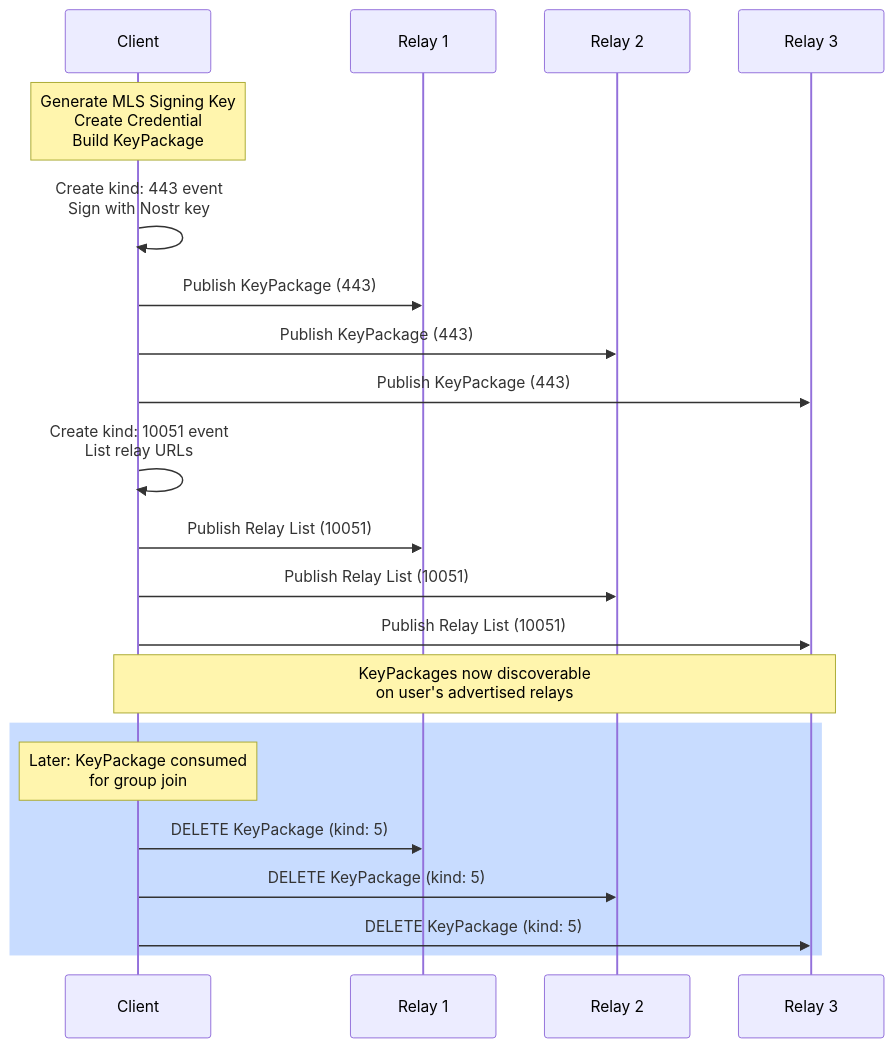
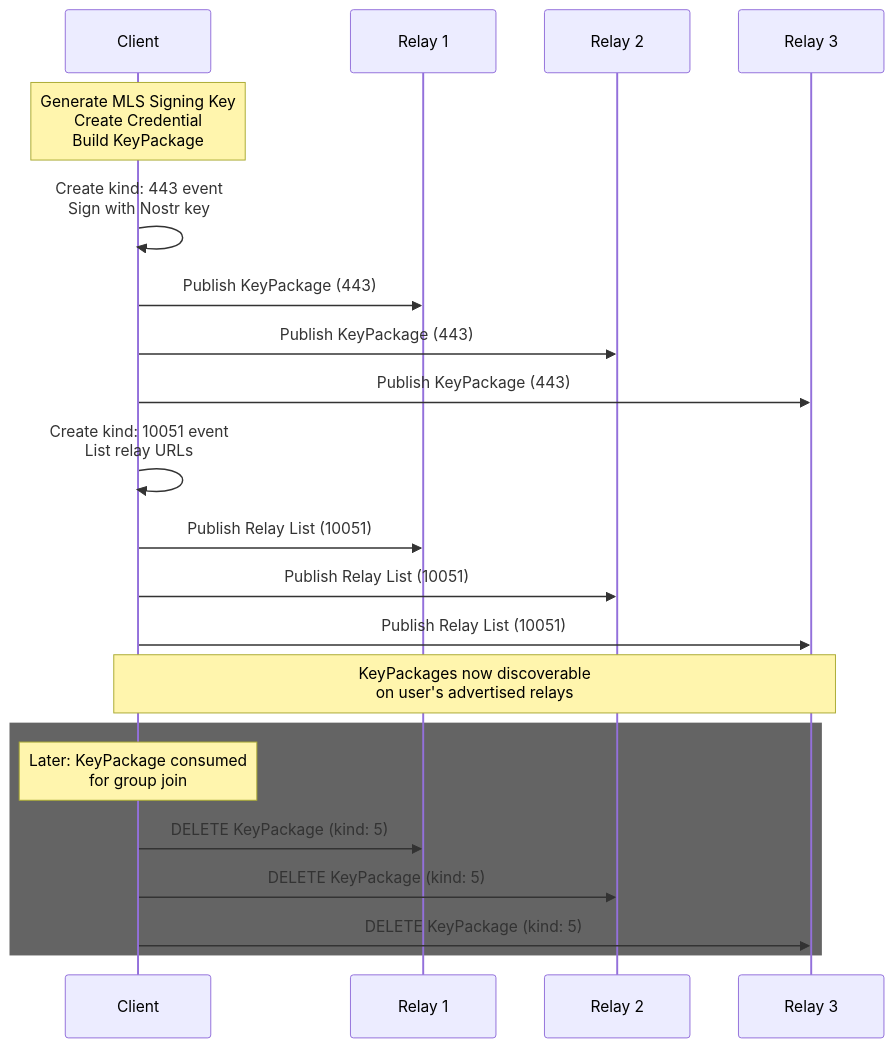
The first of 9 diagrams in data_flows.md (parres-hq/marmot), drawn with Mermaid before and after one commit.

Commit message:
Fix color of box

````diff
--- a/data_flows.md
+++ b/data_flows.md
@@ -41,31 +41,31 @@
 ```mermaid
 sequenceDiagram
     participant C as Client
     participant R1 as Relay 1
     participant R2 as Relay 2
     participant R3 as Relay 3
 
     Note over C: Generate MLS Signing Key<br/>Create Credential<br/>Build KeyPackage
 
     C->>C: Create kind: 443 event<br/>Sign with Nostr key
 
     C->>R1: Publish KeyPackage (443)
     C->>R2: Publish KeyPackage (443)
     C->>R3: Publish KeyPackage (443)
 
 
     C->>C: Create kind: 10051 event<br/>List relay URLs
 
     C->>R1: Publish Relay List (10051)
     C->>R2: Publish Relay List (10051)
     C->>R3: Publish Relay List (10051)
 
     Note over C,R3: KeyPackages now discoverable<br/>on user's advertised relays
 
-    rect rgb(200, 220, 255)
+    rect rgb(100, 100, 100)
         Note over C: Later: KeyPackage consumed<br/>for group join
         C->>R1: DELETE KeyPackage (kind: 5)
         C->>R2: DELETE KeyPackage (kind: 5)
         C->>R3: DELETE KeyPackage (kind: 5)
     end
 ```
````
